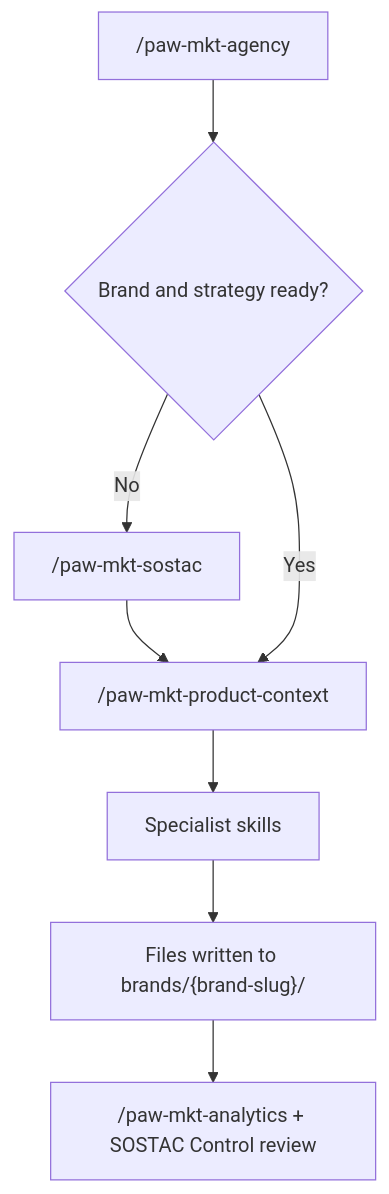
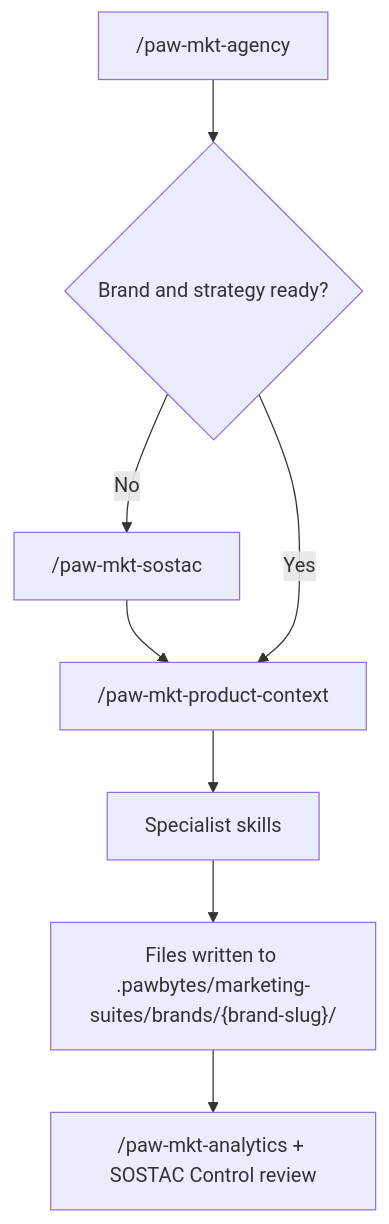
One commit to pawbytes/skill-suites changed the diagram in docs/marketing/reference/skill-workflow-roadmap.md. Above: the diagram before and after it, drawn with Mermaid. The commit also changed other lines of this file and 30 other files, not shown here.

````diff
--- a/docs/marketing/reference/skill-workflow-roadmap.md
+++ b/docs/marketing/reference/skill-workflow-roadmap.md
@@ -18,10 +18,10 @@
 ```mermaid
 flowchart TD
     A["/paw-mkt-agency"] --> B{Brand and strategy ready?}
     B -- No --> C["/paw-mkt-sostac"]
     C --> D["/paw-mkt-product-context"]
     B -- Yes --> D
     D --> E[Specialist skills]
-    E --> F["Files written to brands/{brand-slug}/"]
+    E --> F["Files written to .pawbytes/marketing-suites/brands/{brand-slug}/"]
     F --> G["/paw-mkt-analytics + SOSTAC Control review"]
 ```
````
